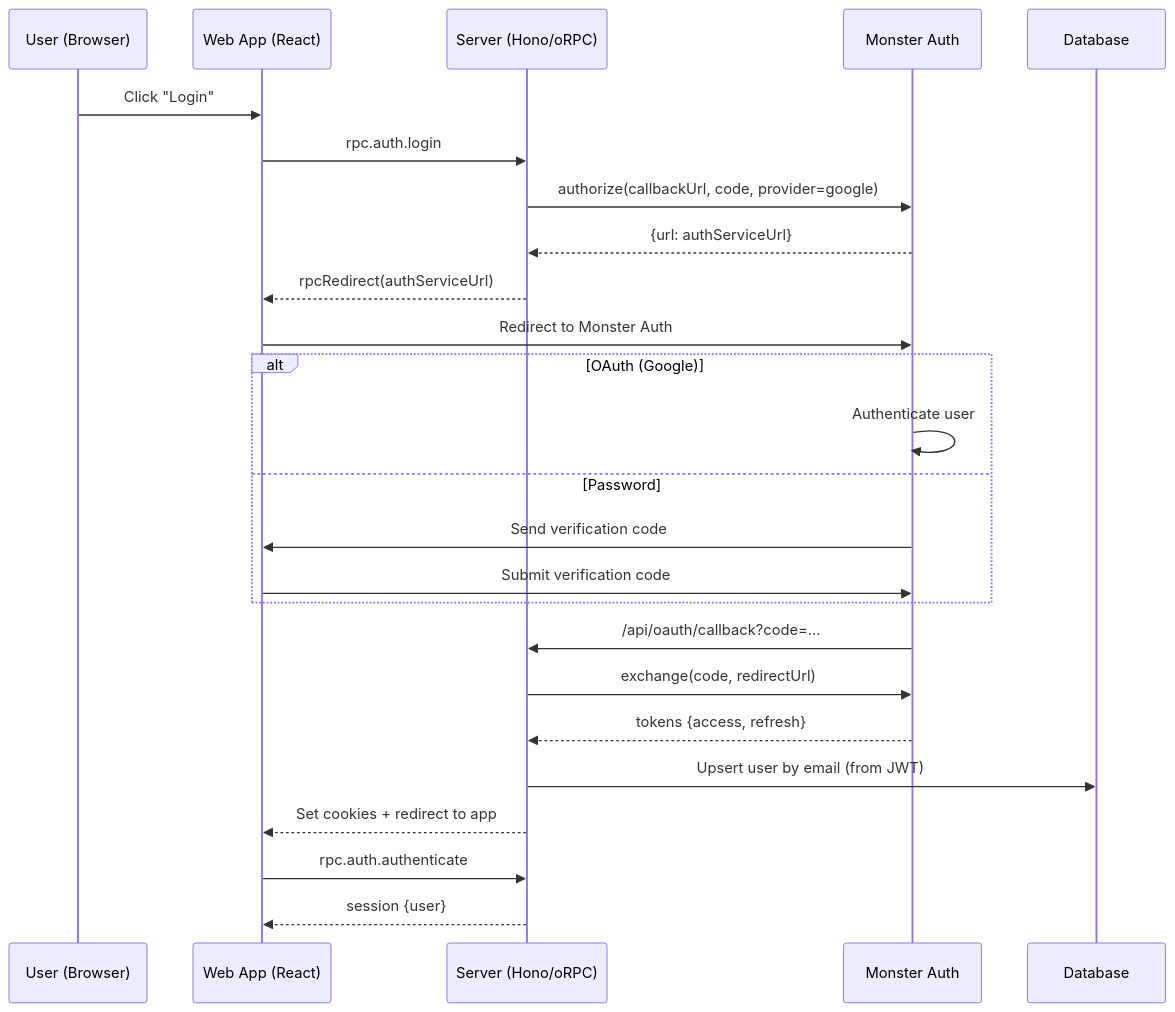
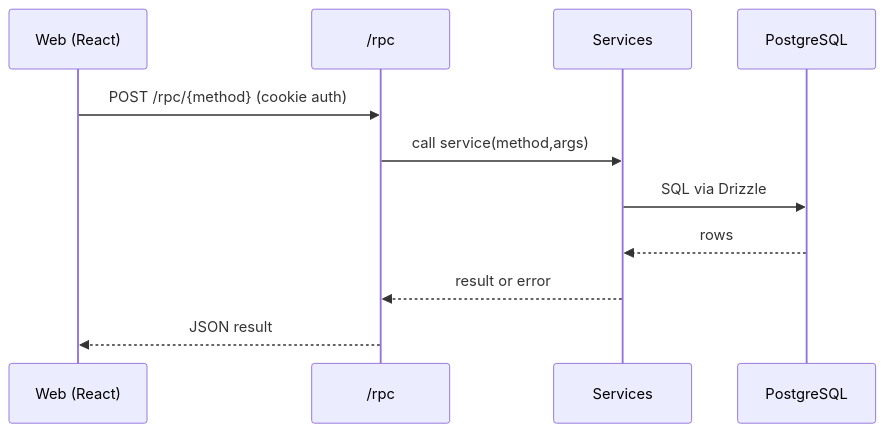
Before and after one commit to ivawzh/v0-bun-hono-tanstack-router: the second of 5 diagrams in docs/architecture.md, drawn with Mermaid. The commit also changed other lines of this file and 26 other files, not shown here.

````diff
--- a/docs/architecture.md
+++ b/docs/architecture.md
@@ -282,30 +120,13 @@
 ```mermaid
 sequenceDiagram
-    participant U as User (Browser)
-    participant W as Web App (React)
-    participant S as Server (Hono/oRPC)
-    participant MA as Monster Auth
-    participant DB as Database
-
-    U->>W: Click "Login"
-    W->>S: rpc.auth.login
-    S->>MA: authorize(callbackUrl, code, provider=google)
-    MA-->>S: {url: authServiceUrl}
-    S-->>W: rpcRedirect(authServiceUrl)
-
-    W->>MA: Redirect to Monster Auth
-    alt OAuth (Google)
-      MA->>MA: Authenticate user
-    else Password
-      MA->>W: Send verification code
-      W->>MA: Submit verification code
-    end
-    MA->>S: /api/oauth/callback?code=...
-    S->>MA: exchange(code, redirectUrl)
-    MA-->>S: tokens {access, refresh}
-    S->>DB: Upsert user by email (from JWT)
-    S-->>W: Set cookies + redirect to app
-
-    W->>S: rpc.auth.authenticate
-    S-->>W: session {user}
+  participant Web as Web (React)
+  participant RPC as /rpc
+  participant S as Services
+  participant DB as PostgreSQL
+  Web->>RPC: POST /rpc/{method} (cookie auth)
+  RPC->>S: call service(method,args)
+  S->>DB: SQL via Drizzle
+  DB-->>S: rows
+  S-->>RPC: result or error
+  RPC-->>Web: JSON result
 ```
````
